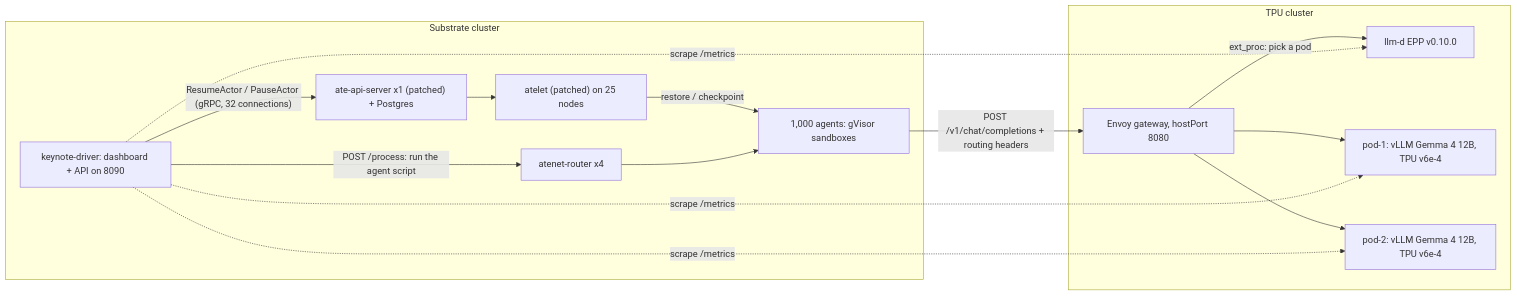
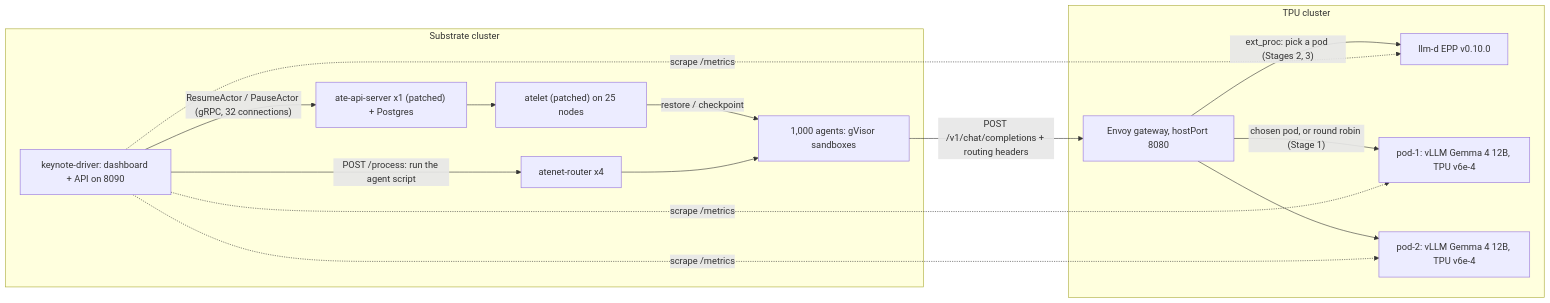
The diagram in substrate/README.md (saltysoup/jetski-playground), drawn with Mermaid before and after one commit. The commit also changed other lines of this file and 36 other files, not shown here.

First line of the commit message:
substrate: three-stage llm-d demo (round robin / KV-aware / flow control)

````diff
--- a/substrate/README.md
+++ b/substrate/README.md
@@ -195,28 +220,28 @@
 ```mermaid
 flowchart LR
   subgraph SUB["Substrate cluster"]
     DRV["keynote-driver: dashboard + API on 8090"]
     API["ate-api-server x1 (patched) + Postgres"]
     NET["atenet-router x4"]
     LET["atelet (patched) on 25 nodes"]
     AG["1,000 agents: gVisor sandboxes"]
   end
   subgraph TPU["TPU cluster"]
     GW["Envoy gateway, hostPort 8080"]
     EPP["llm-d EPP v0.10.0"]
     P1["pod-1: vLLM Gemma 4 12B, TPU v6e-4"]
     P2["pod-2: vLLM Gemma 4 12B, TPU v6e-4"]
   end
   DRV -- "ResumeActor / PauseActor (gRPC, 32 connections)" --> API
   API --> LET
   LET -- "restore / checkpoint" --> AG
   DRV -- "POST /process: run the agent script" --> NET
   NET --> AG
   AG -- "POST /v1/chat/completions + routing headers" --> GW
-  GW -- "ext_proc: pick a pod" --> EPP
-  GW --> P1
+  GW -- "ext_proc: pick a pod (Stages 2, 3)" --> EPP
+  GW -- "chosen pod, or round robin (Stage 1)" --> P1
   GW --> P2
   DRV -. "scrape /metrics" .-> P1
   DRV -. "scrape /metrics" .-> P2
   DRV -. "scrape /metrics" .-> EPP
 ```
````
